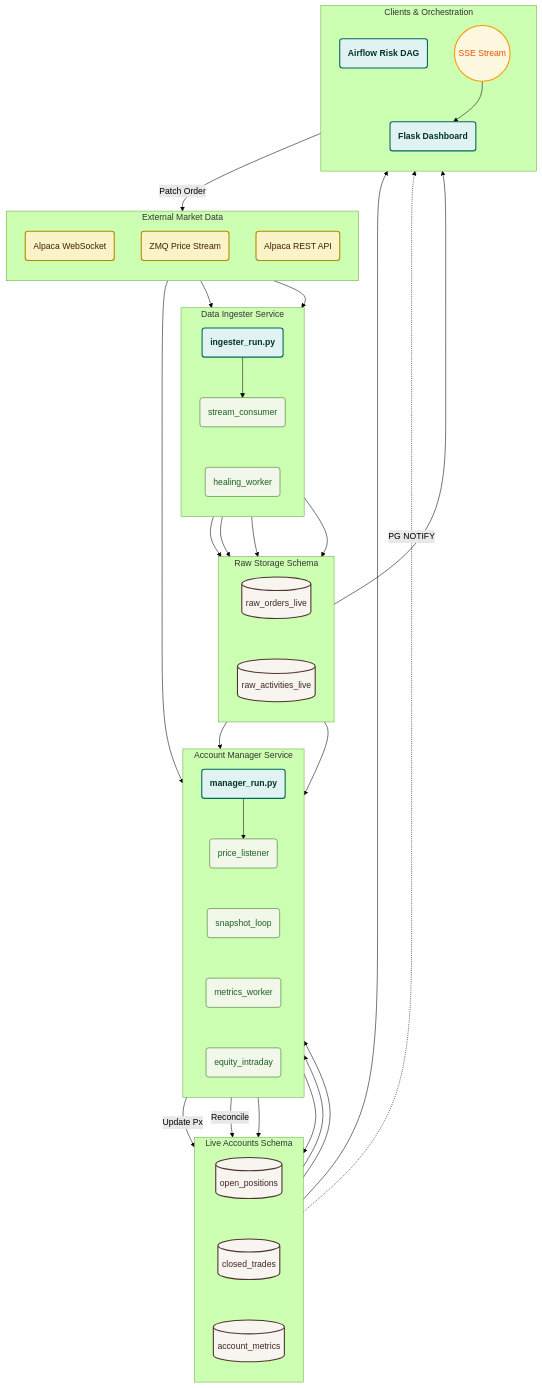
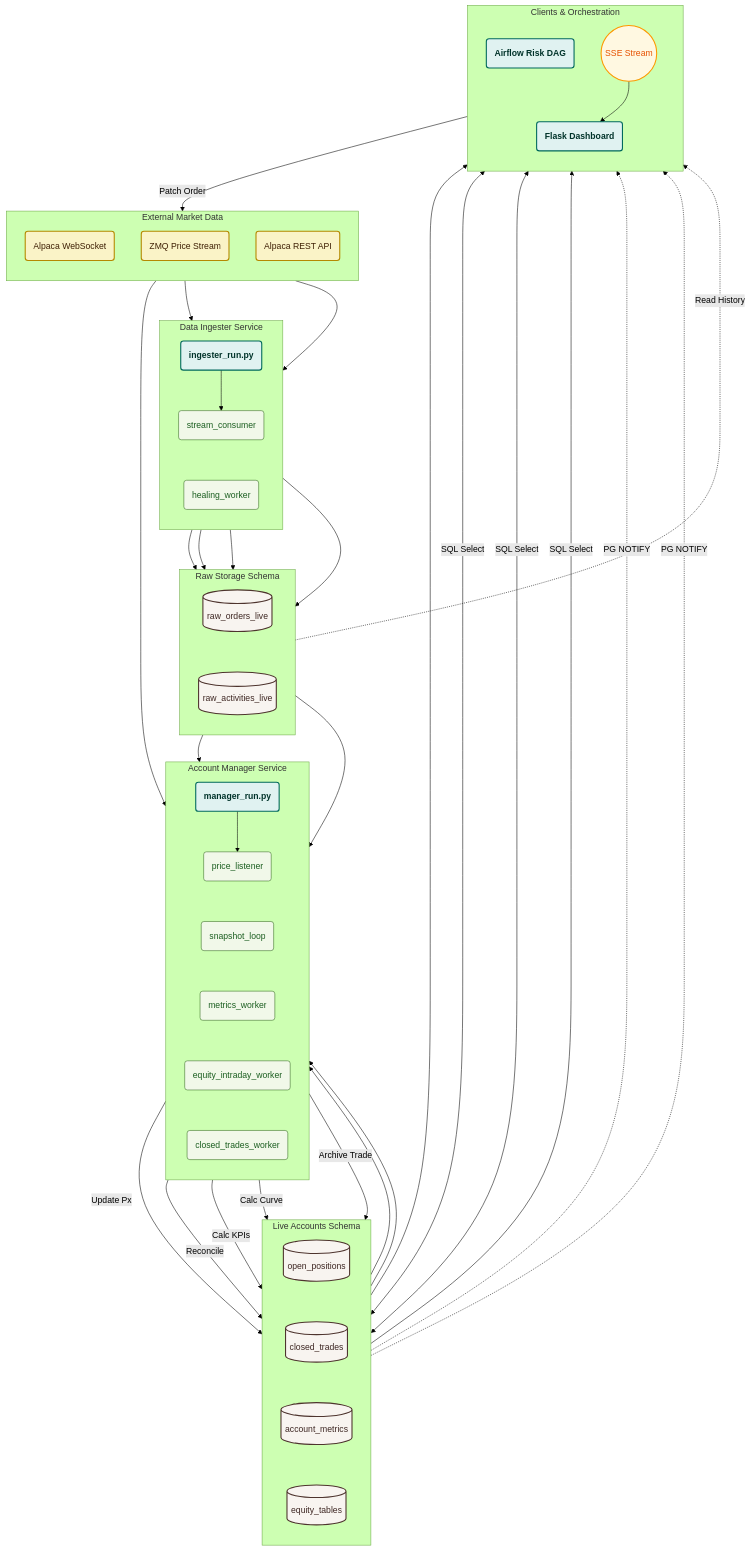
The diagram in README.md (EvMossan/cold-harbor-manager), drawn with Mermaid (forest theme) before and after one commit.

Commit message:
modified:   README.md

````diff
--- a/README.md
+++ b/README.md
@@ -125,13 +125,15 @@
         PriceList(price_listener):::worker
         SnapLoop(snapshot_loop):::worker
         MetricsWork(metrics_worker):::worker
-        EquityWork(equity_intraday):::worker
+        EquityWork(equity_intraday_worker):::worker
+        ClosedWork(closed_trades_worker):::worker
         
         %% Invisible links to force column layout
         MgrRun --> PriceList
         PriceList ~~~ SnapLoop
         SnapLoop ~~~ MetricsWork
         MetricsWork ~~~ EquityWork
+        EquityWork ~~~ ClosedWork
     end
 
     %% ---------------------------------------------------------
@@ -142,8 +144,11 @@
         TblLive[(open_positions)]:::db
         TblClosed[(closed_trades)]:::db
         TblMetrics[(account_metrics)]:::db
+        TblEquity[(equity_tables)]:::db
+        
         TblLive ~~~ TblClosed
         TblClosed ~~~ TblMetrics
+        TblMetrics ~~~ TblEquity
     end
 
     %% ---------------------------------------------------------
@@ -171,23 +176,32 @@
     StreamWork --> RawOrders & RawActs
     HealWork --> RawOrders & RawActs
 
-    %% Manager Reads/Writes
+    %% Manager Reads (Rebuild State)
     RawOrders & RawActs --> SnapLoop
+    
+    %% Manager Updates (Writes)
     PriceList -- Update Px --> TblLive
     SnapLoop -- Reconcile --> TblLive
+    MetricsWork -- Calc KPIs --> TblMetrics
+    EquityWork -- Calc Curve --> TblEquity
+    ClosedWork -- Archive Trade --> TblClosed
     
-    %% Internal Manager Flow
+    %% Internal Manager Flow Dependencies
     TblLive --> MetricsWork & EquityWork
-    MetricsWork --> TblMetrics
-    EquityWork --> TblLive
 
-    %% Risk Manager Flow (Reads RAW for independence)
-    RawOrders --> RiskDAG
+    %% Risk Manager Flow
+    RawOrders -.->|Read History| RiskDAG
     RiskDAG -- Patch Order --> AlpacaREST
 
-    %% Web Flow
+    %% Web/Dashboard Flow (Reads)
     TblMetrics --> Flask
+    TblLive <-->|SQL Select| Flask
+    TblClosed <-->|SQL Select| Flask
+    TblEquity -->|SQL Select| Flask
+
+    %% Web/Dashboard Flow (Push/Notify)
     TblLive -.->|PG NOTIFY| SSE
+    TblClosed -.->|PG NOTIFY| SSE
     SSE --> Flask
 
 ```
````
